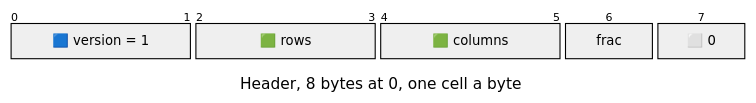
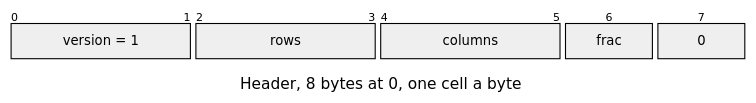
The first of 2 diagrams in docs/assets/formats/TABL.md (jose-villegas/autana), drawn with Mermaid before and after one commit. The commit also changed other lines of this file and 13 other files, not shown here.

Commit message:
formats: fill each packet box by its field's role through themeCSS the role gate writes, replacing the label squares (autana-edcif)

````diff
--- a/docs/assets/formats/TABL.md
+++ b/docs/assets/formats/TABL.md
@@ -5,15 +5,16 @@
 ```mermaid
 ---
 config:
+  themeCSS: "g:nth-of-type(2) rect:nth-of-type(1) { fill: #8fb3ee !important; } g:nth-of-type(2) rect:nth-of-type(2) { fill: #93d6b0 !important; } g:nth-of-type(2) rect:nth-of-type(3) { fill: #93d6b0 !important; } g:nth-of-type(2) rect:nth-of-type(4) { fill: #e3e3e3 !important; } g:nth-of-type(2) rect:nth-of-type(5) { fill: #ffffff !important; stroke-dasharray: 4 3 !important; } .packetLabel { fill: #1b1b1b !important; }"
   packet:
     bitsPerRow: 8
     bitWidth: 84
 ---
 packet-beta
 title Header, 8 bytes at 0, one cell a byte
-0-1: "🟦 version = 1"
-2-3: "🟩 rows"
-4-5: "🟩 columns"
+0-1: "version = 1"
+2-3: "rows"
+4-5: "columns"
 6: "frac"
-7: "⬜ 0"
+7: "0"
 ```
````
